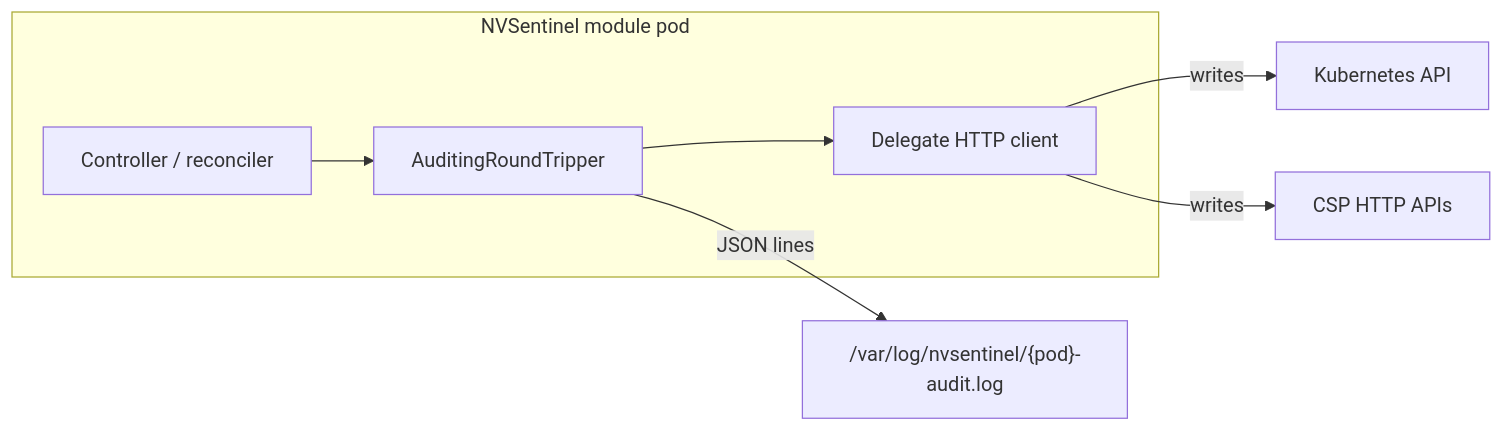
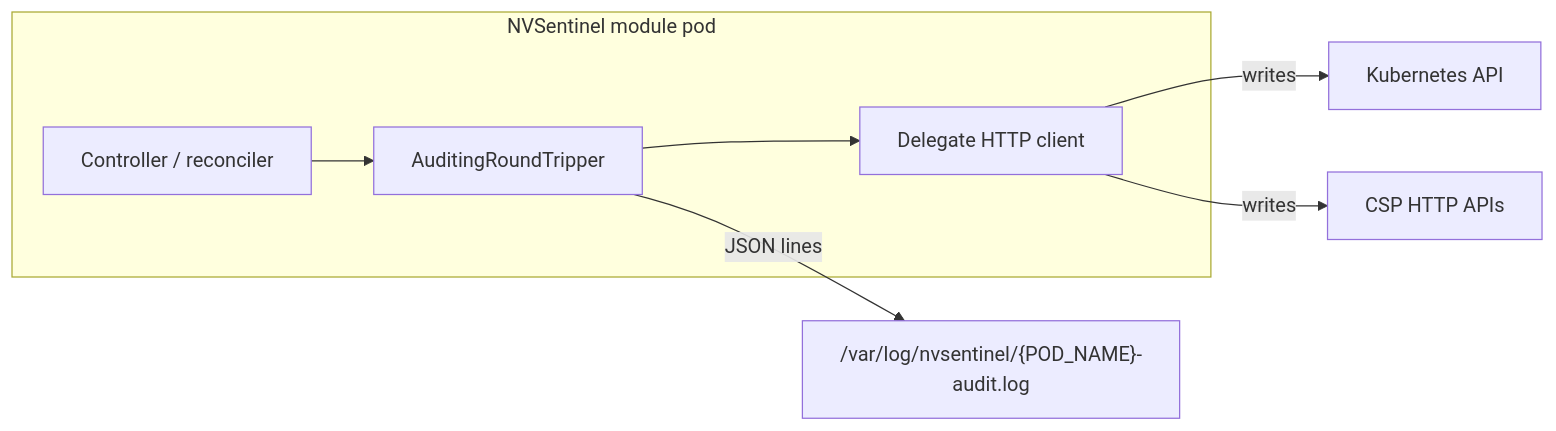
Before and after one commit to lalitadithya/NVSentinel: the diagram in docs/audit-logging.md, drawn with Mermaid. The commit also changed other lines of this file and 14 other files, not shown here.

````diff
--- a/docs/audit-logging.md
+++ b/docs/audit-logging.md
@@ -21,13 +21,13 @@
 ```mermaid
 flowchart LR
   subgraph NS["NVSentinel module pod"]
     APP[Controller / reconciler]
     RT[AuditingRoundTripper]
     HTTP[Delegate HTTP client]
     APP --> RT
     RT --> HTTP
   end
   HTTP -->|writes| K8S[Kubernetes API]
   HTTP -->|writes| CSP[CSP HTTP APIs]
-  RT -->|JSON lines| LOG["/var/log/nvsentinel/{pod}-audit.log"]
+  RT -->|JSON lines| LOG["/var/log/nvsentinel/{POD_NAME}-audit.log"]
 ```
````
